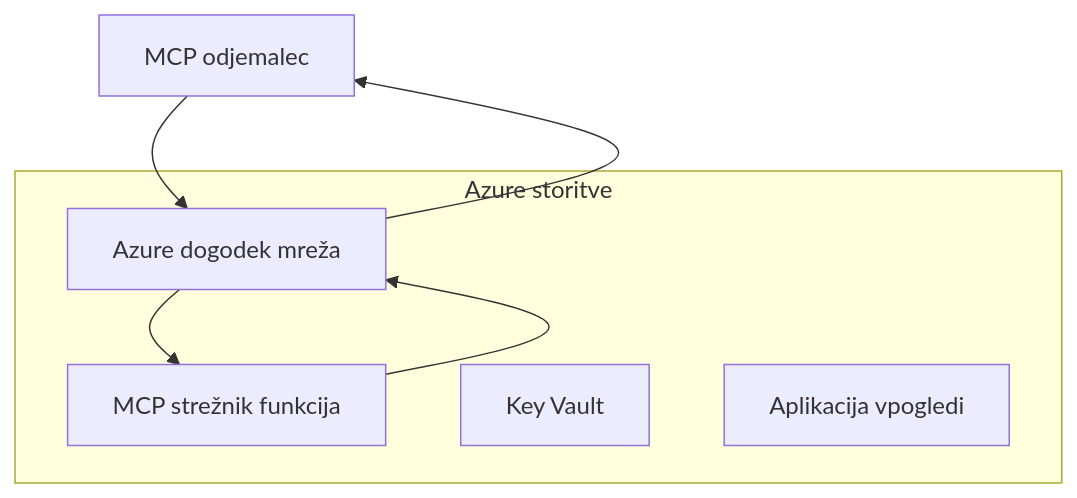
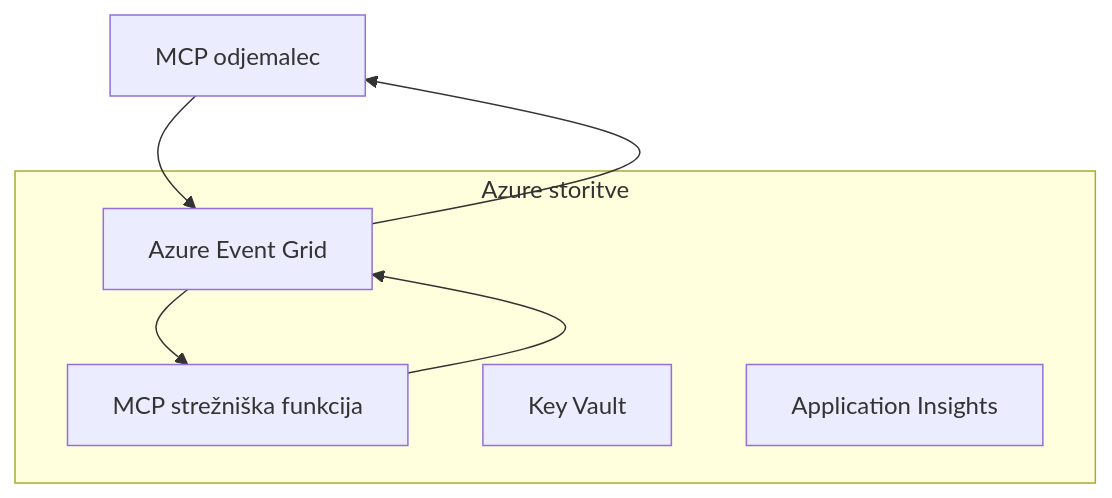
The first of 2 diagrams in mcp_ecosystem__model_context_protocol/mcp_learning_resources/mcp-for-beginners/translations/sl/05-AdvancedTopics/mcp-transport/README.md (HIDORAKAI002/ai-workspace-archive), drawn with Mermaid before and after one commit. The commit also changed other lines of this file and 1046 other files, not shown here.

````diff
--- a/mcp_ecosystem__model_context_protocol/mcp_learning_resources/mcp-for-beginners/translations/sl/05-AdvancedTopics/mcp-transport/README.md
+++ b/mcp_ecosystem__model_context_protocol/mcp_learning_resources/mcp-for-beginners/translations/sl/05-AdvancedTopics/mcp-transport/README.md
@@ -58,14 +60,14 @@
 ```mermaid
 graph TB
-    Client[MCP odjemalec] --> EG[Azure dogodek mreža]
-    EG --> Server[MCP strežnik funkcija]
+    Client[MCP odjemalec] --> EG[Azure Event Grid]
+    EG --> Server[MCP strežniška funkcija]
     Server --> EG
     EG --> Client
     
     subgraph "Azure storitve"
         EG
         Server
         KV[Key Vault]
-        Monitor[Aplikacija vpogledi]
+        Monitor[Application Insights]
     end
 ```
````
